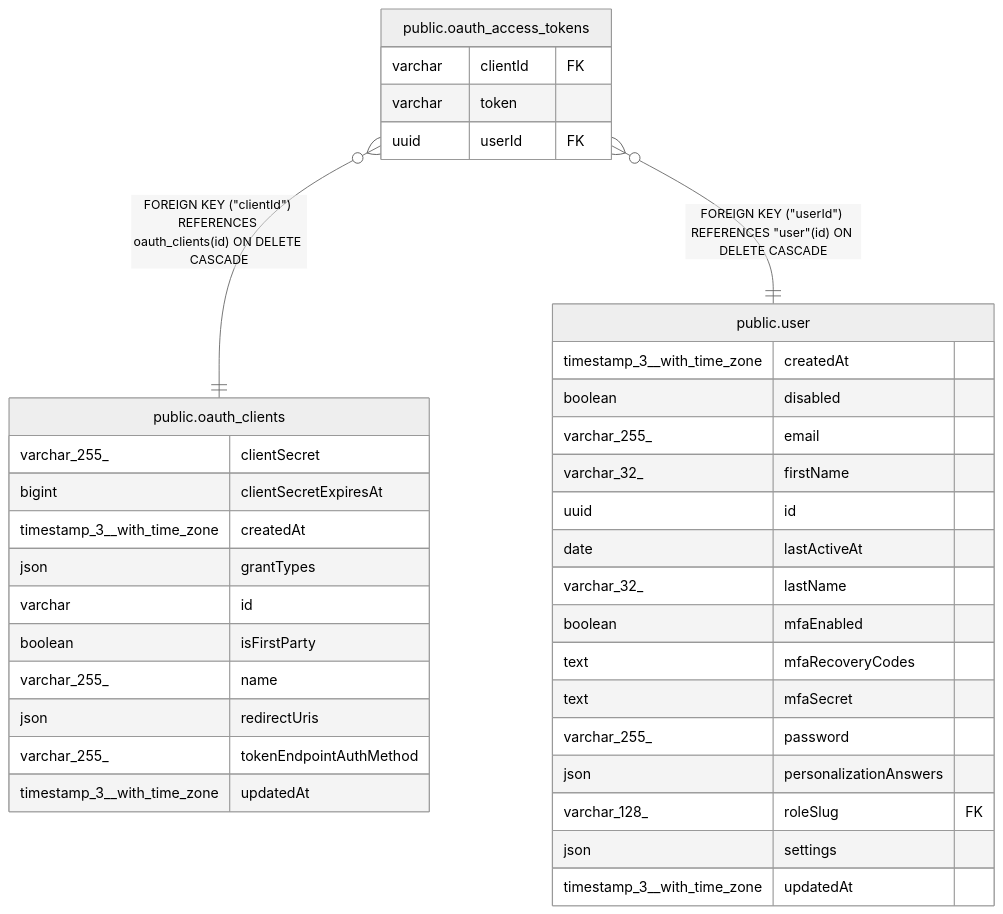
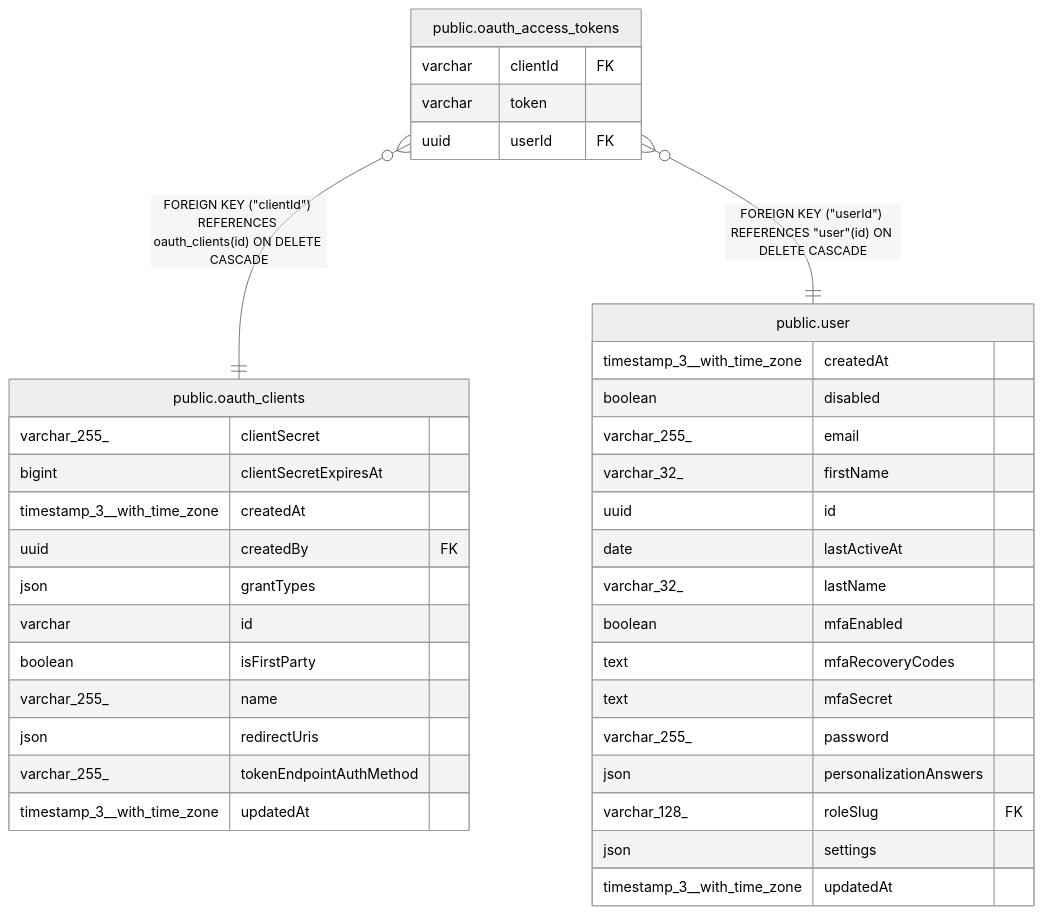
Before and after one commit to mayankjain1815-commits/n8n: the diagram in docs/generated/postgres-schema/public.oauth_access_tokens.md, drawn with Mermaid (neutral theme). The commit also changed 39 other files, not shown here.

````diff
--- a/docs/generated/postgres-schema/public.oauth_access_tokens.md
+++ b/docs/generated/postgres-schema/public.oauth_access_tokens.md
@@ -30,41 +30,42 @@
 ```mermaid
 erDiagram
 
 "public.oauth_access_tokens" }o--|| "public.oauth_clients" : "FOREIGN KEY (#quot;clientId#quot;) REFERENCES oauth_clients(id) ON DELETE CASCADE"
 "public.oauth_access_tokens" }o--|| "public.user" : "FOREIGN KEY (#quot;userId#quot;) REFERENCES #quot;user#quot;(id) ON DELETE CASCADE"
 
 "public.oauth_access_tokens" {
   varchar clientId FK
   varchar token
   uuid userId FK
 }
 "public.oauth_clients" {
   varchar_255_ clientSecret
   bigint clientSecretExpiresAt
   timestamp_3__with_time_zone createdAt
+  uuid createdBy FK
   json grantTypes
   varchar id
   boolean isFirstParty
   varchar_255_ name
   json redirectUris
   varchar_255_ tokenEndpointAuthMethod
   timestamp_3__with_time_zone updatedAt
 }
 "public.user" {
   timestamp_3__with_time_zone createdAt
   boolean disabled
   varchar_255_ email
   varchar_32_ firstName
   uuid id
   date lastActiveAt
   varchar_32_ lastName
   boolean mfaEnabled
   text mfaRecoveryCodes
   text mfaSecret
   varchar_255_ password
   json personalizationAnswers
   varchar_128_ roleSlug FK
   json settings
   timestamp_3__with_time_zone updatedAt
 }
 ```
````
